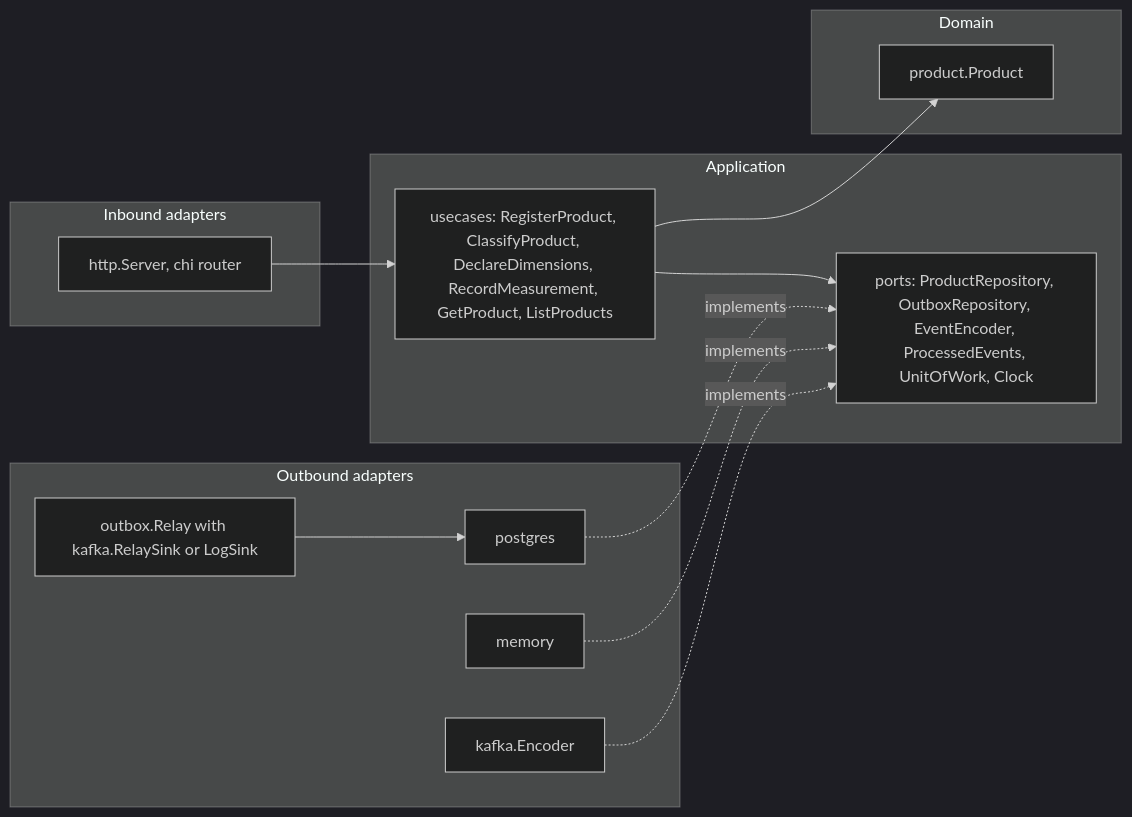
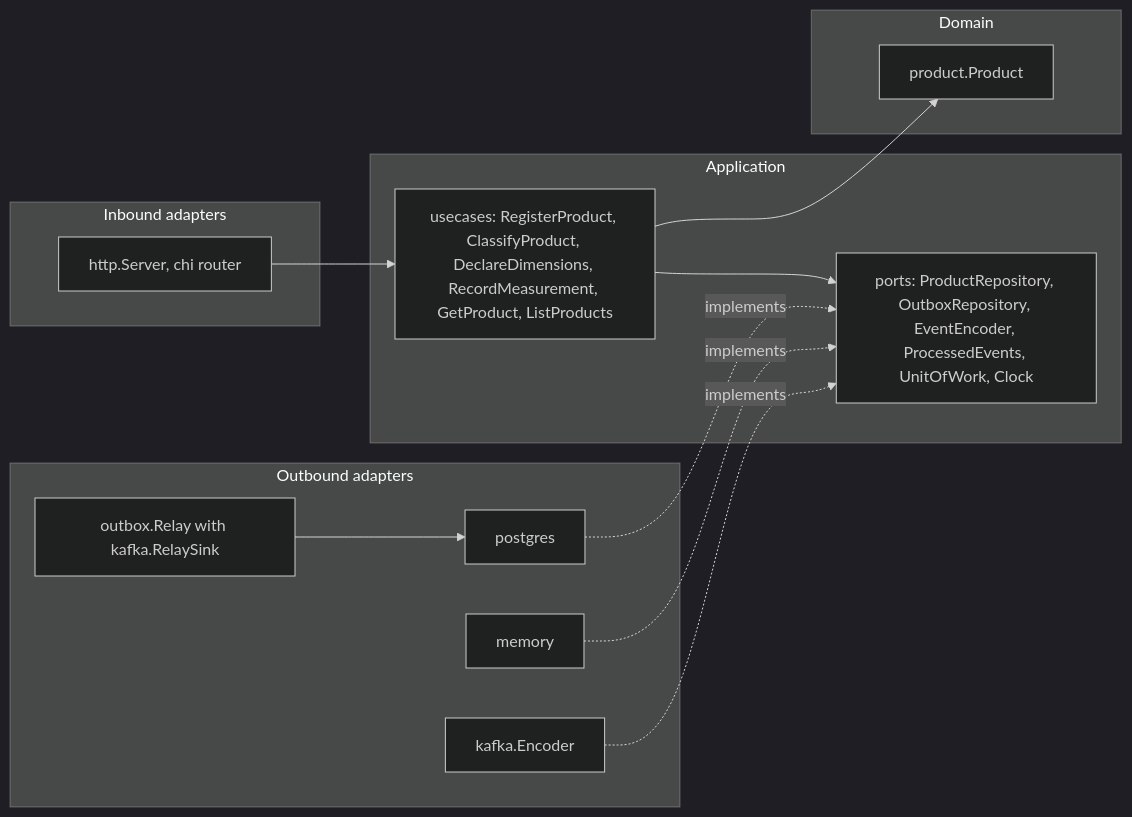
One commit to IQVO/product-master changed the fourth of 4 diagrams in docs/docs/ddd/class-diagram.md. Above: the diagram before and after it, drawn with Mermaid (dark theme). The commit also changed other lines of this file and 16 other files, not shown here.

First line of the commit message:
docs: sweep every in-memory, log-sink and optional-Kafka statement; drop the dead LogSink

````diff
--- a/docs/docs/ddd/class-diagram.md
+++ b/docs/docs/ddd/class-diagram.md
@@ -266,26 +264,26 @@
 ```mermaid
 flowchart LR
   subgraph inbound[Inbound adapters]
     HTTP[http.Server, chi router]
   end
   subgraph app[Application]
     UC[usecases: RegisterProduct, ClassifyProduct, DeclareDimensions, RecordMeasurement, GetProduct, ListProducts]
     PORTS[ports: ProductRepository, OutboxRepository, EventEncoder, ProcessedEvents, UnitOfWork, Clock]
   end
   subgraph domain[Domain]
     PROD[product.Product]
   end
   subgraph outbound[Outbound adapters]
     PG[postgres]
     MEM[memory]
     ENC[kafka.Encoder]
-    REL[outbox.Relay with kafka.RelaySink or LogSink]
+    REL[outbox.Relay with kafka.RelaySink]
   end
   HTTP --> UC
   UC --> PROD
   UC --> PORTS
   PG -. implements .-> PORTS
   MEM -. implements .-> PORTS
   ENC -. implements .-> PORTS
   REL --> PG
 ```
````
